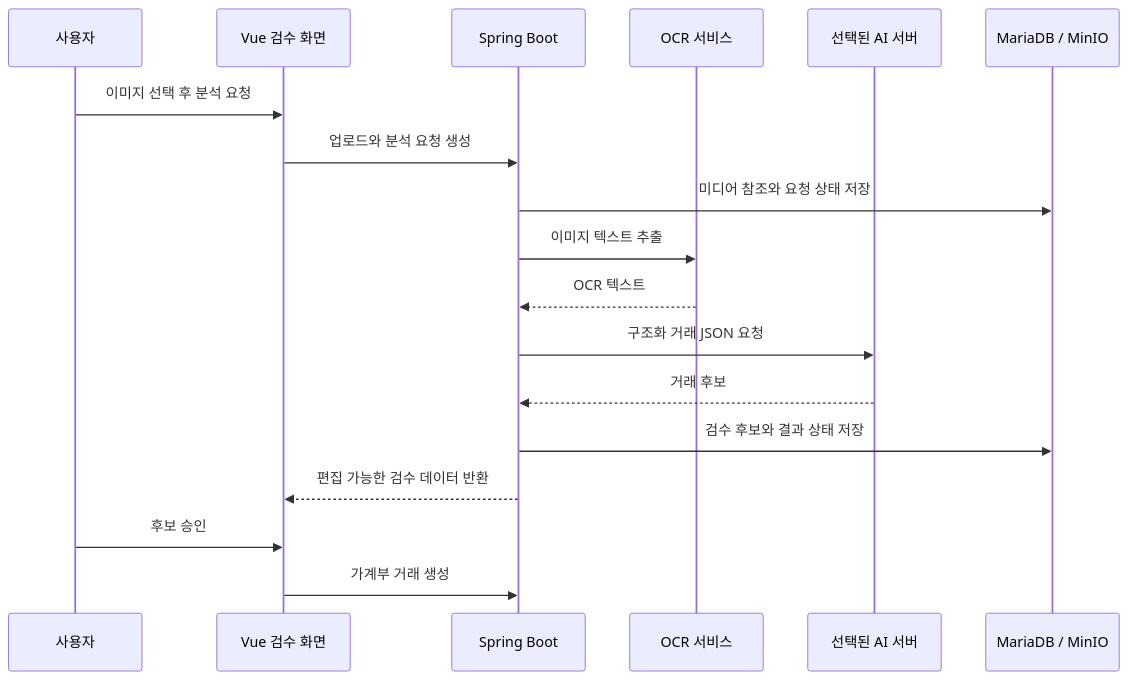
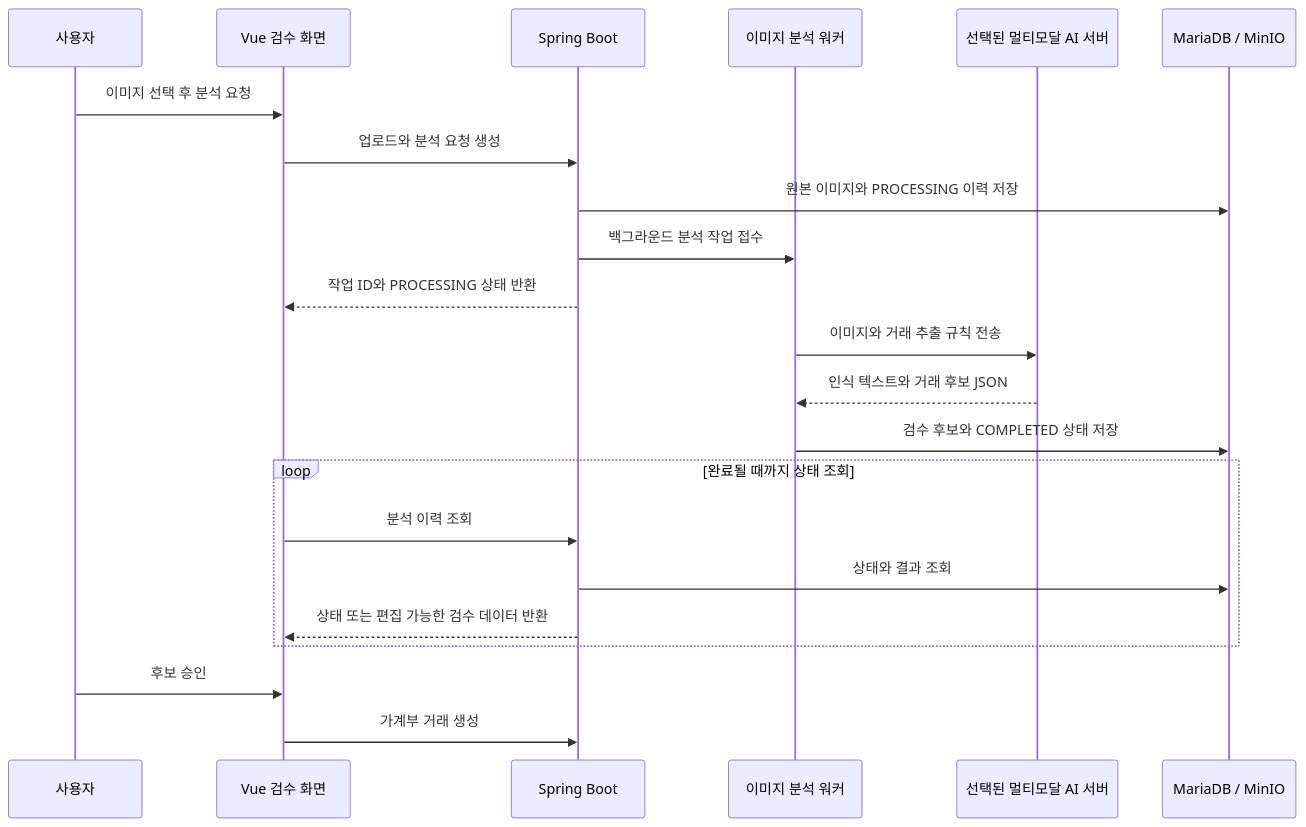
The second of 2 diagrams in README.md (chefbeom/TravelLedger), drawn with Mermaid before and after one commit. The commit also changed other lines of this file and 97 other files, not shown here.

````diff
--- a/README.md
+++ b/README.md
@@ -90,21 +89,25 @@
 ```mermaid
 sequenceDiagram
     participant U as 사용자
     participant UI as Vue 검수 화면
     participant API as Spring Boot
-    participant OCR as OCR 서비스
-    participant LLM as 선택된 AI 서버
+    participant Q as 이미지 분석 워커
+    participant LLM as 선택된 멀티모달 AI 서버
     participant DB as MariaDB / MinIO
 
     U->>UI: 이미지 선택 후 분석 요청
     UI->>API: 업로드와 분석 요청 생성
-    API->>DB: 미디어 참조와 요청 상태 저장
-    API->>OCR: 이미지 텍스트 추출
-    OCR-->>API: OCR 텍스트
-    API->>LLM: 구조화 거래 JSON 요청
-    LLM-->>API: 거래 후보
-    API->>DB: 검수 후보와 결과 상태 저장
-    API-->>UI: 편집 가능한 검수 데이터 반환
+    API->>DB: 원본 이미지와 PROCESSING 이력 저장
+    API->>Q: 백그라운드 분석 작업 접수
+    API-->>UI: 작업 ID와 PROCESSING 상태 반환
+    Q->>LLM: 이미지와 거래 추출 규칙 전송
+    LLM-->>Q: 인식 텍스트와 거래 후보 JSON
+    Q->>DB: 검수 후보와 COMPLETED 상태 저장
+    loop 완료될 때까지 상태 조회
+        UI->>API: 분석 이력 조회
+        API->>DB: 상태와 결과 조회
+        API-->>UI: 상태 또는 편집 가능한 검수 데이터 반환
+    end
     U->>UI: 후보 승인
     UI->>API: 가계부 거래 생성
 ```
````
